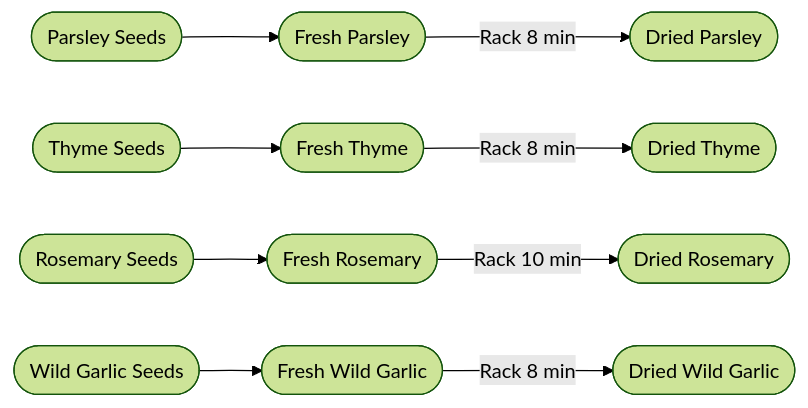
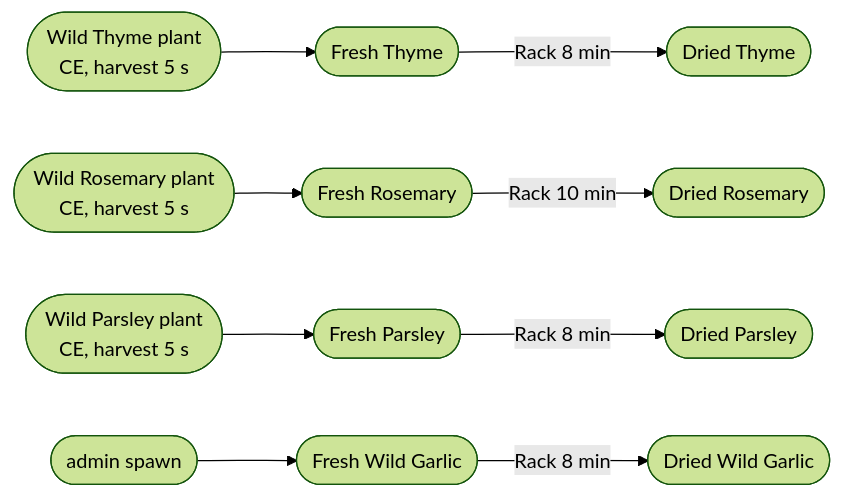
One commit to Psyern/Psyerns_ChefZ changed the fourth of 13 diagrams in ChefZ_Wiki/Production-Chains.md. Above: the diagram before and after it, drawn with Mermaid (forest theme). The commit also changed other lines of this file and 5 other files, not shown here.

````diff
--- a/ChefZ_Wiki/Production-Chains.md
+++ b/ChefZ_Wiki/Production-Chains.md
@@ -128,11 +155,11 @@
 ```mermaid
 graph LR
-  PS(["Parsley Seeds"]) --> PL(["Fresh Parsley"])
-  TS(["Thyme Seeds"]) --> TH(["Fresh Thyme"])
-  RS(["Rosemary Seeds"]) --> RO(["Fresh Rosemary"])
-  WS(["Wild Garlic Seeds"]) --> WG(["Fresh Wild Garlic"])
+  WT(["Wild Thyme plant<br/>CE, harvest 5 s"]) --> TH(["Fresh Thyme"])
+  WR(["Wild Rosemary plant<br/>CE, harvest 5 s"]) --> RO(["Fresh Rosemary"])
+  WP(["Wild Parsley plant<br/>CE, harvest 5 s"]) --> PL(["Fresh Parsley"])
+  WGA(["admin spawn"]) --> WG(["Fresh Wild Garlic"])
   PL -->|"Rack 8 min"| DPa(["Dried Parsley"])
   TH -->|"Rack 8 min"| DTh(["Dried Thyme"])
   RO -->|"Rack 10 min"| DRo(["Dried Rosemary"])
   WG -->|"Rack 8 min"| DWg(["Dried Wild Garlic"])
 ```
````
